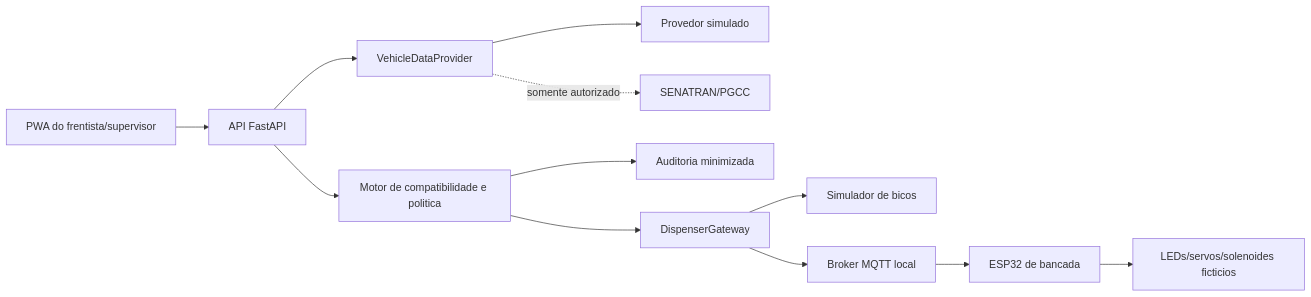
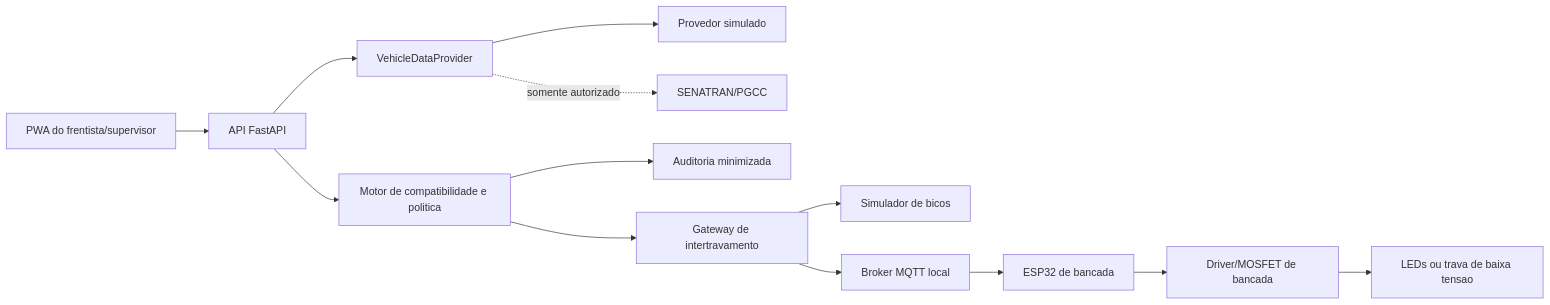
The first of 2 diagrams in research/architecture/arquitetura.md (gabrielNahmur/TCC), drawn with Mermaid before and after one commit. The commit also changed other lines of this file and 6 other files, not shown here.

````diff
--- a/research/architecture/arquitetura.md
+++ b/research/architecture/arquitetura.md
@@ -12,14 +15,15 @@
 ```mermaid
 flowchart LR
   UI["PWA do frentista/supervisor"] --> API["API FastAPI"]
   API --> VP["VehicleDataProvider"]
   VP --> MOCK["Provedor simulado"]
   VP -. somente autorizado .-> SEN["SENATRAN/PGCC"]
   API --> POLICY["Motor de compatibilidade e politica"]
   POLICY --> AUDIT["Auditoria minimizada"]
-  POLICY --> DG["DispenserGateway"]
+  POLICY --> DG["Gateway de intertravamento"]
   DG --> SIM["Simulador de bicos"]
   DG --> MQTT["Broker MQTT local"]
   MQTT --> ESP["ESP32 de bancada"]
-  ESP --> ACT["LEDs/servos/solenoides ficticios"]
+  ESP --> DRIVER["Driver/MOSFET de bancada"]
+  DRIVER --> ACT["LEDs ou trava de baixa tensao"]
 ```
````
